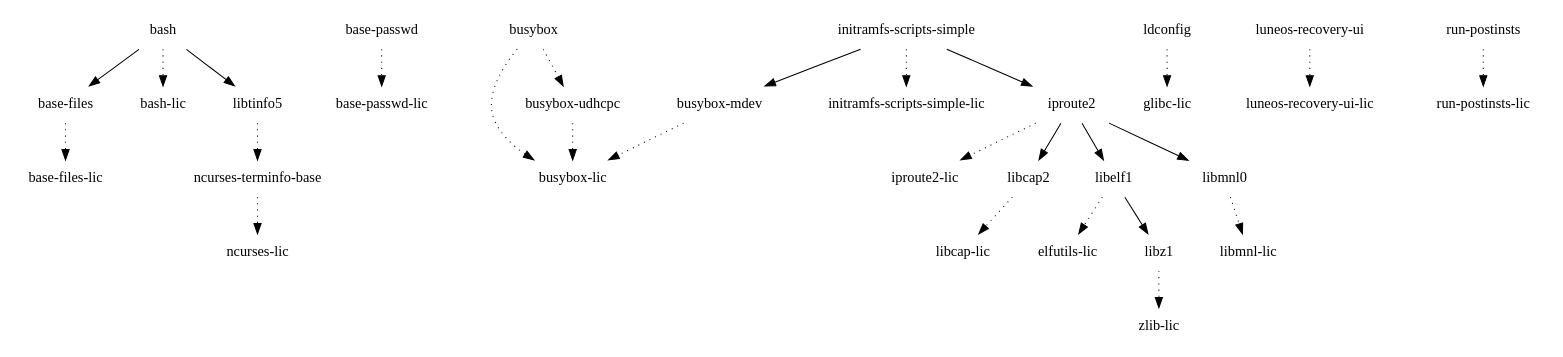
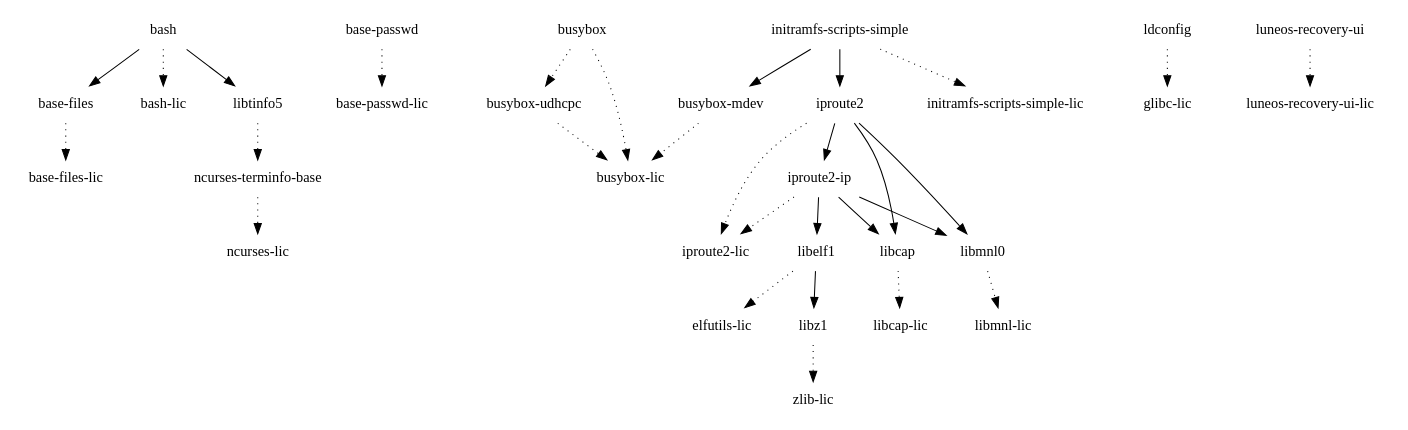
Before and after one commit to webOS-ports/buildhistory: the diagram in images/pinephone/glibc/initramfs-uboot-image/depends-nokernel-nolibc-noupdate.dot, drawn with Graphviz. The commit also changed 9582 other files, not shown here.

```diff
--- a/images/pinephone/glibc/initramfs-uboot-image/depends-nokernel-nolibc-noupdate.dot
+++ b/images/pinephone/glibc/initramfs-uboot-image/depends-nokernel-nolibc-noupdate.dot
@@ -1,29 +1,32 @@
 digraph depends {
     node [shape=plaintext]
 "base-files" -> "base-files-lic" [style=dotted]
 "base-passwd" -> "base-passwd-lic" [style=dotted]
 "bash" -> "base-files"
 "bash" -> "bash-lic" [style=dotted]
 "bash" -> "libtinfo5"
 "busybox" -> "busybox-lic" [style=dotted]
 "busybox" -> "busybox-udhcpc" [style=dotted]
 "busybox-mdev" -> "busybox-lic" [style=dotted]
 "busybox-udhcpc" -> "busybox-lic" [style=dotted]
 "initramfs-scripts-simple" -> "busybox-mdev"
 "initramfs-scripts-simple" -> "initramfs-scripts-simple-lic" [style=dotted]
 "initramfs-scripts-simple" -> "iproute2"
+"iproute2-ip" -> "iproute2-lic" [style=dotted]
+"iproute2-ip" -> "libcap"
+"iproute2-ip" -> "libelf1"
+"iproute2-ip" -> "libmnl0"
+"iproute2" -> "iproute2-ip"
 "iproute2" -> "iproute2-lic" [style=dotted]
-"iproute2" -> "libcap2"
-"iproute2" -> "libelf1"
+"iproute2" -> "libcap"
 "iproute2" -> "libmnl0"
 "ldconfig" -> "glibc-lic" [style=dotted]
-"libcap2" -> "libcap-lic" [style=dotted]
+"libcap" -> "libcap-lic" [style=dotted]
 "libelf1" -> "elfutils-lic" [style=dotted]
 "libelf1" -> "libz1"
 "libmnl0" -> "libmnl-lic" [style=dotted]
 "libtinfo5" -> "ncurses-terminfo-base" [style=dotted]
 "libz1" -> "zlib-lic" [style=dotted]
 "luneos-recovery-ui" -> "luneos-recovery-ui-lic" [style=dotted]
 "ncurses-terminfo-base" -> "ncurses-lic" [style=dotted]
-"run-postinsts" -> "run-postinsts-lic" [style=dotted]
 }
```
